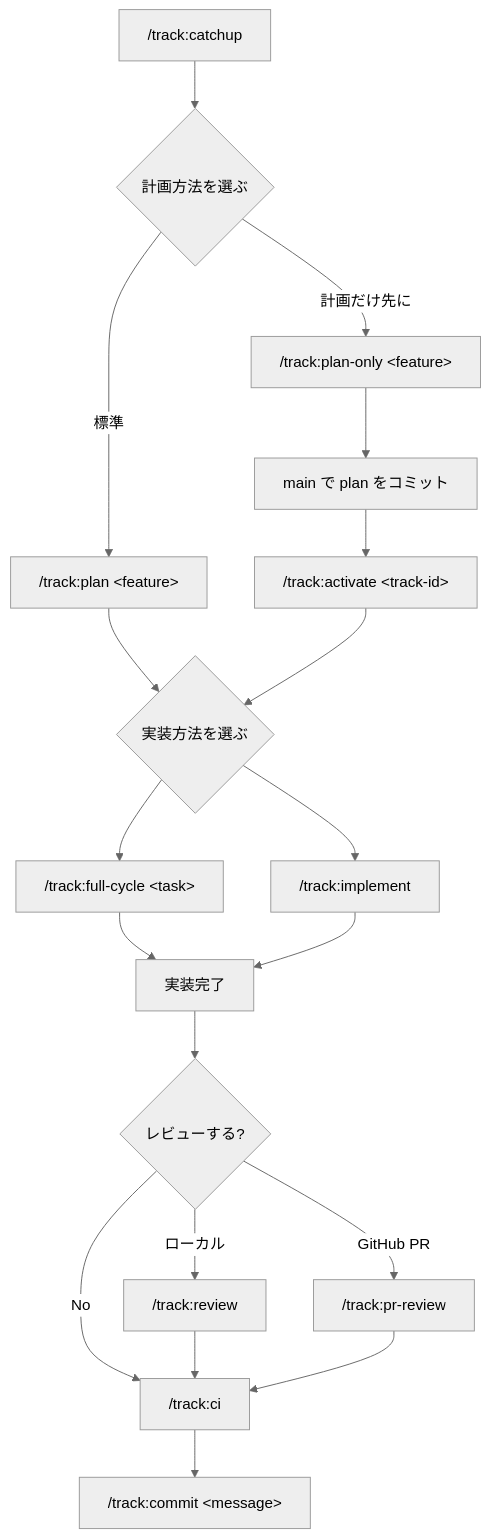
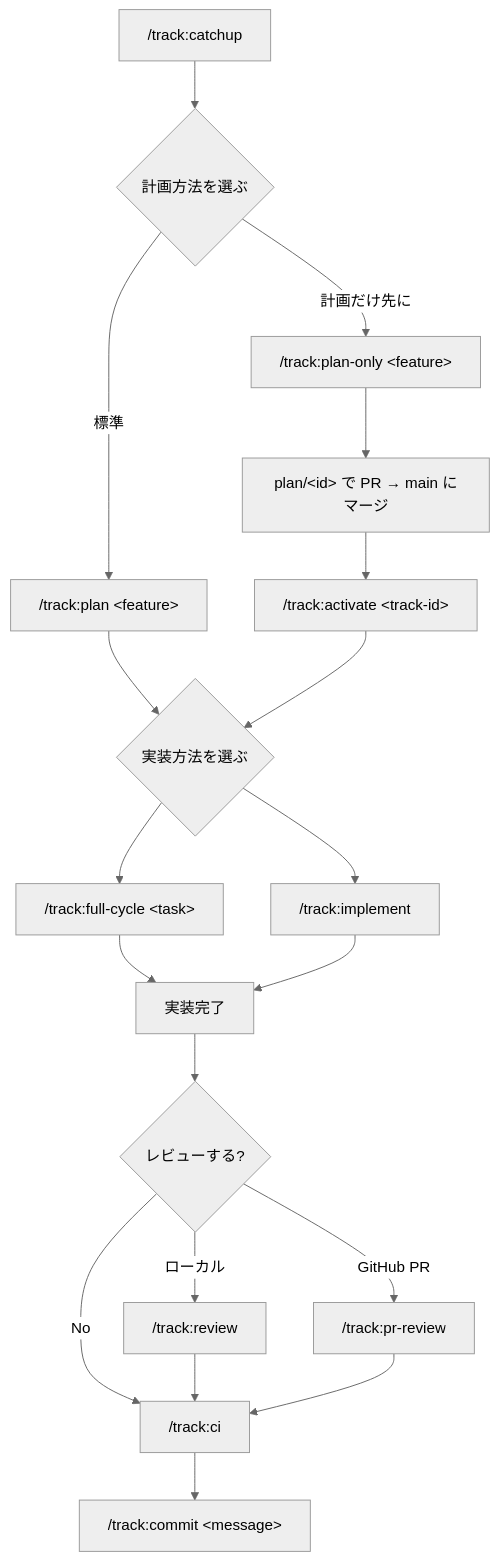
One commit to Flip451/SoTOHE-core changed the diagram in DEVELOPER_AI_WORKFLOW.md. Above: the diagram before and after it, drawn with Mermaid (neutral theme). The commit also changed other lines of this file and 13 other files, not shown here.

````diff
--- a/DEVELOPER_AI_WORKFLOW.md
+++ b/DEVELOPER_AI_WORKFLOW.md
@@ -53,21 +53,21 @@
 ```mermaid
 flowchart TD
     A["/track:catchup"] --> B{計画方法を選ぶ}
     B -->|"標準"| P1["/track:plan &lt;feature&gt;"]
     B -->|"計画だけ先に"| P2["/track:plan-only &lt;feature&gt;"]
     P1 --> D{実装方法を選ぶ}
-    P2 --> PM["main で plan をコミット"]
+    P2 --> PM["plan/&lt;id&gt; で PR → main にマージ"]
     PM --> ACT["/track:activate &lt;track-id&gt;"]
     ACT --> D
     D --> E["/track:full-cycle &lt;task&gt;"]
     D --> F["/track:implement"]
     E --> G["実装完了"]
     F --> G
     G --> H{"レビューする?"}
     H -->|"ローカル"| I["/track:review"]
     H -->|"GitHub PR"| I2["/track:pr-review"]
     H -->|No| J["/track:ci"]
     I --> J
     I2 --> J
     J --> K["/track:commit &lt;message&gt;"]
 ```
````
